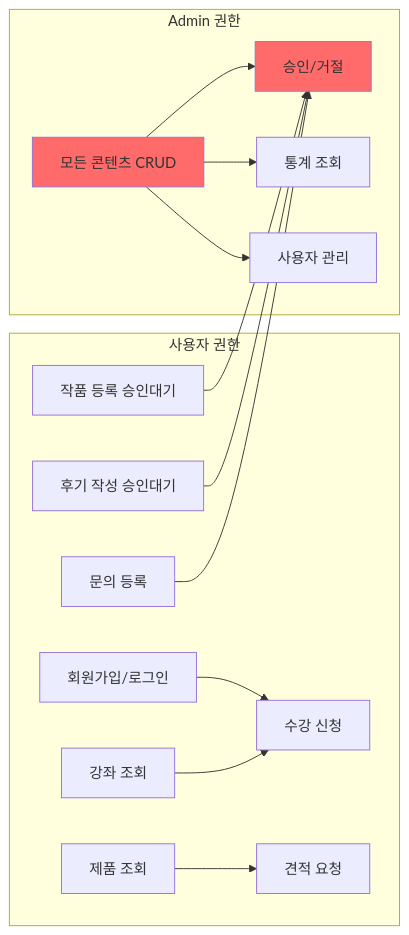
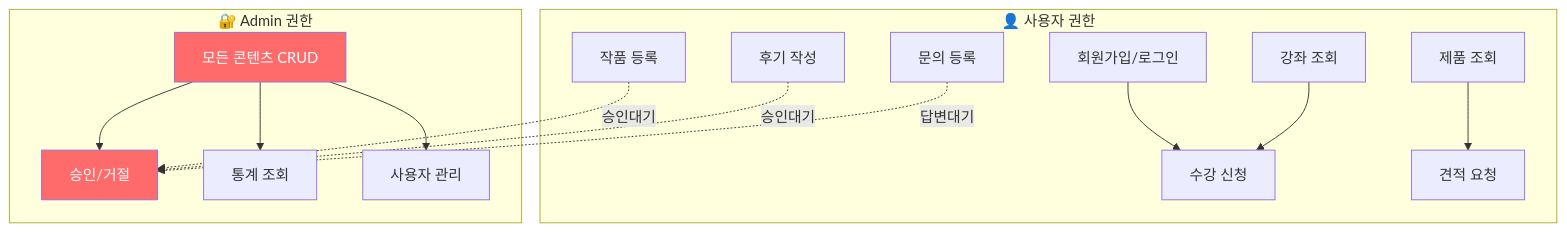
One commit to Collegenie-X/AIMakerLab_Web changed diagram 16 of 17 in frontend/documents/API_INTEGRATION_SUMMARY.md. Above: the diagram before and after it, drawn with Mermaid. The commit also changed other lines of this file and 2 other files, not shown here.

````diff
--- a/frontend/documents/API_INTEGRATION_SUMMARY.md
+++ b/frontend/documents/API_INTEGRATION_SUMMARY.md
@@ -1440,34 +1428,34 @@
 ```mermaid
-graph LR
-    subgraph "사용자 권한"
+graph TD
+    subgraph user["👤 사용자 권한"]
         A[회원가입/로그인]
         B[강좌 조회]
         C[수강 신청]
         D[제품 조회]
         E[견적 요청]
         F[문의 등록]
-        G[작품 등록 승인대기]
-        H[후기 작성 승인대기]
+        G[작품 등록]
+        H[후기 작성]
     end
     
-    subgraph "Admin 권한"
+    subgraph admin["🔐 Admin 권한"]
         I[모든 콘텐츠 CRUD]
         J[승인/거절]
         K[통계 조회]
         L[사용자 관리]
     end
     
     A --> C
     B --> C
     D --> E
-    G --> J
-    H --> J
-    F --> J
+    G -.승인대기.-> J
+    H -.승인대기.-> J
+    F -.답변대기.-> J
     
     I --> J
     I --> K
     I --> L
     
-    style I fill:#ff6b6b
-    style J fill:#ff6b6b
+    style I fill:#ff6b6b,color:#fff
+    style J fill:#ff6b6b,color:#fff
 ```
````
